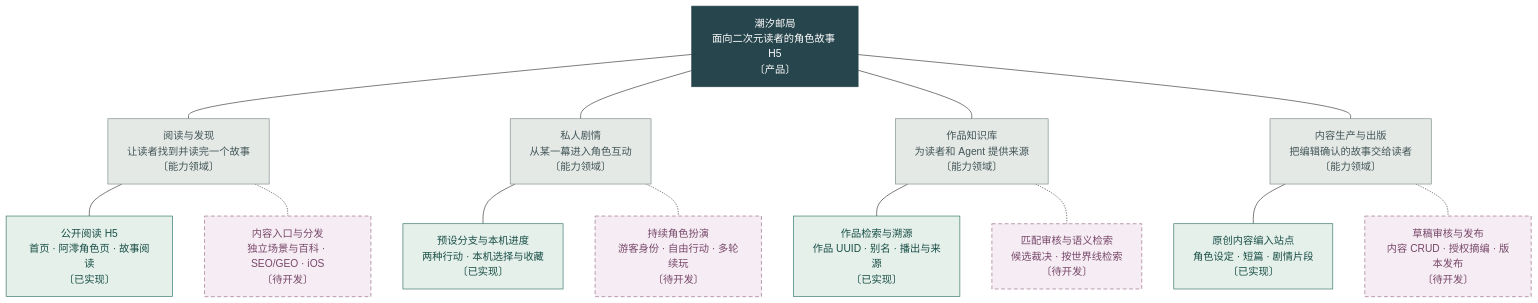
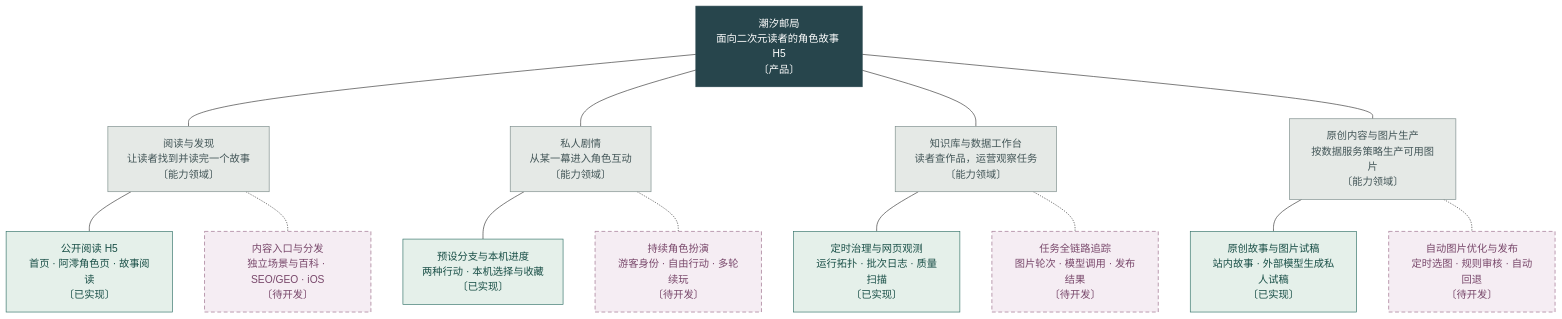
The diagram in docs/diagrams/product.mmd (bluedao10000/player), drawn with Mermaid before and after one commit. The commit also changed 44 other files, not shown here.

Commit message:
完善作品知识治理、数据工作台与图片试稿，核验架构实现边界

```diff
--- a/docs/diagrams/product.mmd
+++ b/docs/diagrams/product.mmd
@@ -1,32 +1,32 @@
 %% 潮汐邮局 · 产品架构图 · 2026-11-18
 flowchart TB
   site["潮汐邮局<br/>面向二次元读者的角色故事 H5<br/>〔产品〕"]:::brand
   read["阅读与发现<br/>让读者找到并读完一个故事<br/>〔能力领域〕"]:::area
   read1["公开阅读 H5<br/>首页 · 阿澪角色页 · 故事阅读<br/>〔已实现〕"]:::live
   read2["内容入口与分发<br/>独立场景与百科 · SEO/GEO · iOS<br/>〔待开发〕"]:::planned
   play["私人剧情<br/>从某一幕进入角色互动<br/>〔能力领域〕"]:::area
   play1["预设分支与本机进度<br/>两种行动 · 本机选择与收藏<br/>〔已实现〕"]:::live
   play2["持续角色扮演<br/>游客身份 · 自由行动 · 多轮续玩<br/>〔待开发〕"]:::planned
-  know["作品知识库<br/>为读者和 Agent 提供来源<br/>〔能力领域〕"]:::area
-  know1["作品检索与溯源<br/>作品 UUID · 别名 · 播出与来源<br/>〔已实现〕"]:::live
-  know2["匹配审核与语义检索<br/>候选裁决 · 按世界线检索<br/>〔待开发〕"]:::planned
-  edit["内容生产与出版<br/>把编辑确认的故事交给读者<br/>〔能力领域〕"]:::area
-  edit1["原创内容编入站点<br/>角色设定 · 短篇 · 剧情片段<br/>〔已实现〕"]:::live
-  edit2["草稿审核与发布<br/>内容 CRUD · 授权摘编 · 版本发布<br/>〔待开发〕"]:::planned
+  know["知识库与数据工作台<br/>读者查作品，运营观察任务<br/>〔能力领域〕"]:::area
+  know1["定时治理与网页观测<br/>运行拓扑 · 批次日志 · 质量扫描<br/>〔已实现〕"]:::live
+  know2["任务全链路追踪<br/>图片轮次 · 模型调用 · 发布结果<br/>〔待开发〕"]:::planned
+  edit["原创内容与图片生产<br/>按数据服务策略生产可用图片<br/>〔能力领域〕"]:::area
+  edit1["原创故事与图片试稿<br/>站内故事 · 外部模型生成私人试稿<br/>〔已实现〕"]:::live
+  edit2["自动图片优化与发布<br/>定时选图 · 规则审核 · 自动回退<br/>〔待开发〕"]:::planned
   site --- read
   read --- read1
   read -.- read2
   site --- play
   play --- play1
   play -.- play2
   site --- know
   know --- know1
   know -.- know2
   site --- edit
   edit --- edit1
   edit -.- edit2
   classDef live fill:#e5f0ea,stroke:#317167,color:#184e46
   classDef planned fill:#f5edf3,stroke:#986987,color:#78476a,stroke-dasharray:6 4
   classDef external fill:#f2eadb,stroke:#aa8954,color:#765929
   classDef area fill:#e5e9e6,stroke:#7a8b89,color:#425557
   classDef brand fill:#27454c,stroke:#27454c,color:#ffffff
```
